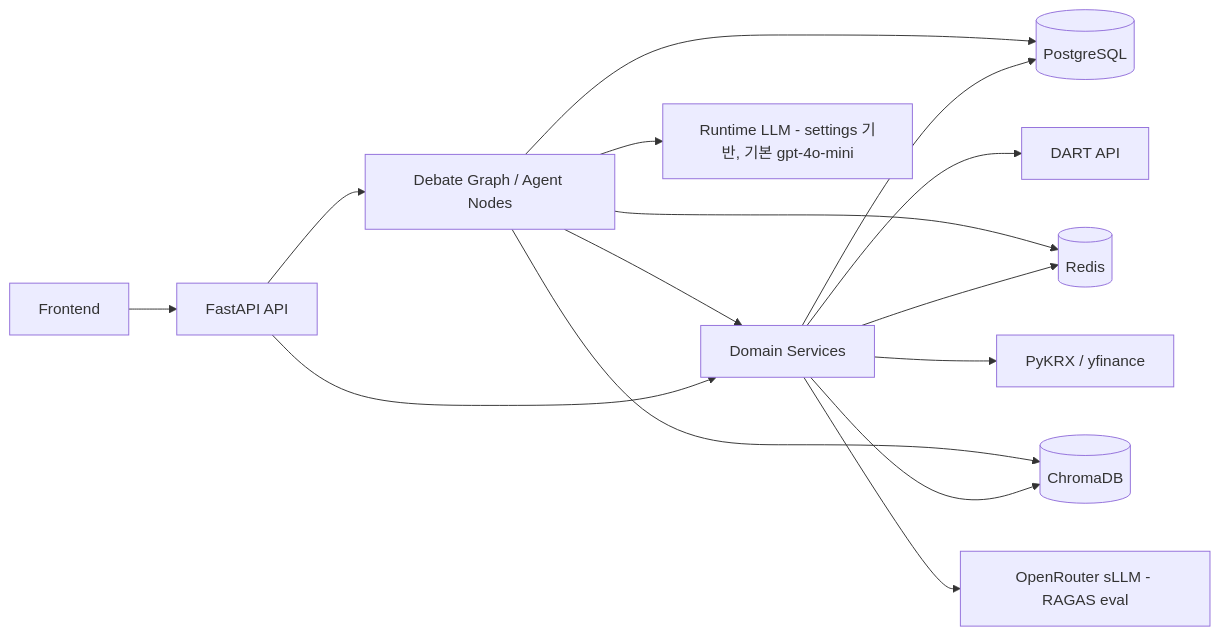
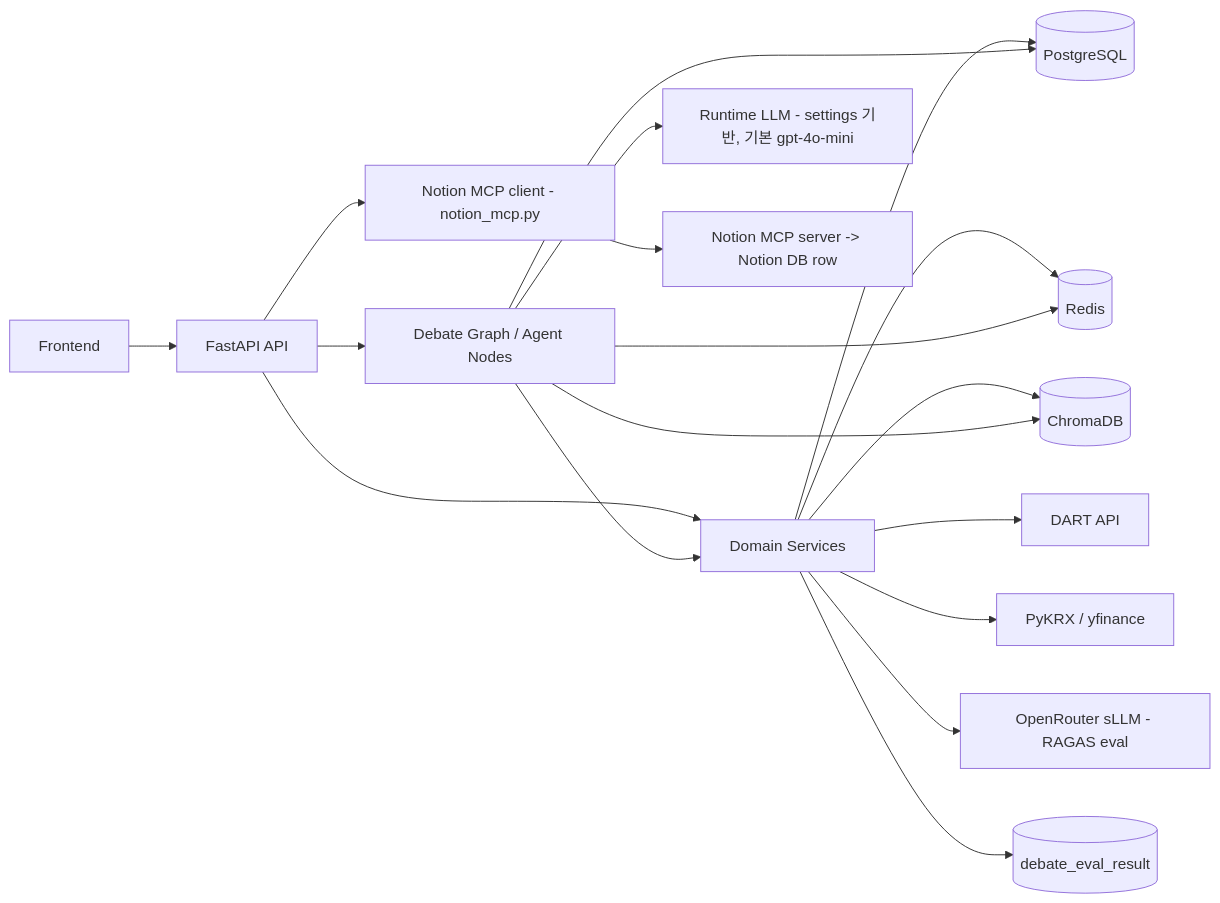
Before and after one commit to TickerTaka/TickerTaka-backend: the diagram in memo/design/component-design.md, drawn with Mermaid. The commit also changed other lines of this file and 4 other files, not shown here.

````diff
--- a/memo/design/component-design.md
+++ b/memo/design/component-design.md
@@ -147,19 +152,22 @@
 ```mermaid
 flowchart LR
     FE[Frontend] --> API[FastAPI API]
     API --> DOMAIN[Domain Services]
     API --> AGENT[Debate Graph / Agent Nodes]
 
     DOMAIN --> PG[(PostgreSQL)]
     DOMAIN --> REDIS[(Redis)]
     DOMAIN --> CHROMA[(ChromaDB)]
     DOMAIN --> DART[DART API]
     DOMAIN --> KRX[PyKRX / yfinance]
 
     AGENT --> DOMAIN
     AGENT --> LLM[Runtime LLM - settings 기반, 기본 gpt-4o-mini]
     AGENT --> PG
     AGENT --> REDIS
     AGENT --> CHROMA
     DOMAIN --> EVALLLM[OpenRouter sLLM - RAGAS eval]
+    DOMAIN --> EVALDB[(debate_eval_result)]
+    API --> NOTIONMCP[Notion MCP client - notion_mcp.py]
+    NOTIONMCP --> NOTION[Notion MCP server -> Notion DB row]
 ```
````
